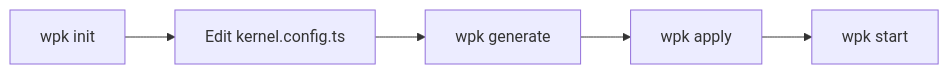
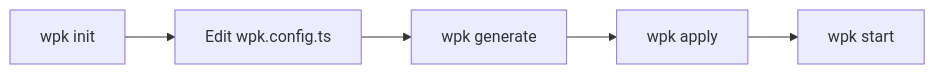
Before and after one commit to theGeekist/wp-kernel: the diagram in docs/reference/cli-commands.md, drawn with Mermaid. The commit also changed other lines of this file and 265 other files, not shown here.

````diff
--- a/docs/reference/cli-commands.md
+++ b/docs/reference/cli-commands.md
@@ -45,7 +45,7 @@
 ```mermaid
 graph LR
-    A[wpk init] --> B[Edit kernel.config.ts]
+    A[wpk init] --> B[Edit wpk.config.ts]
     B --> C[wpk generate]
     C --> D[wpk apply]
     D --> E[wpk start]
 ```
````
